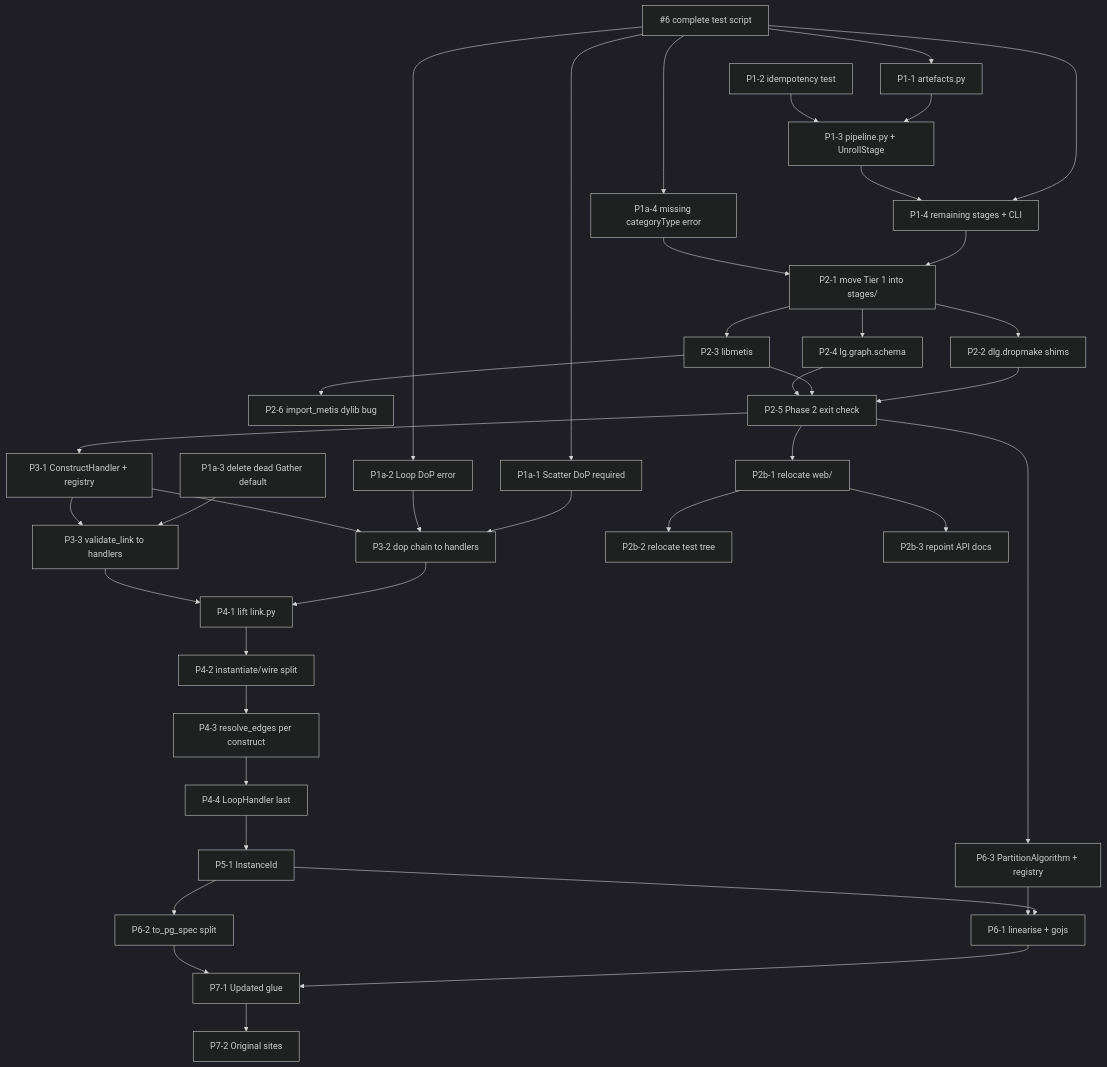
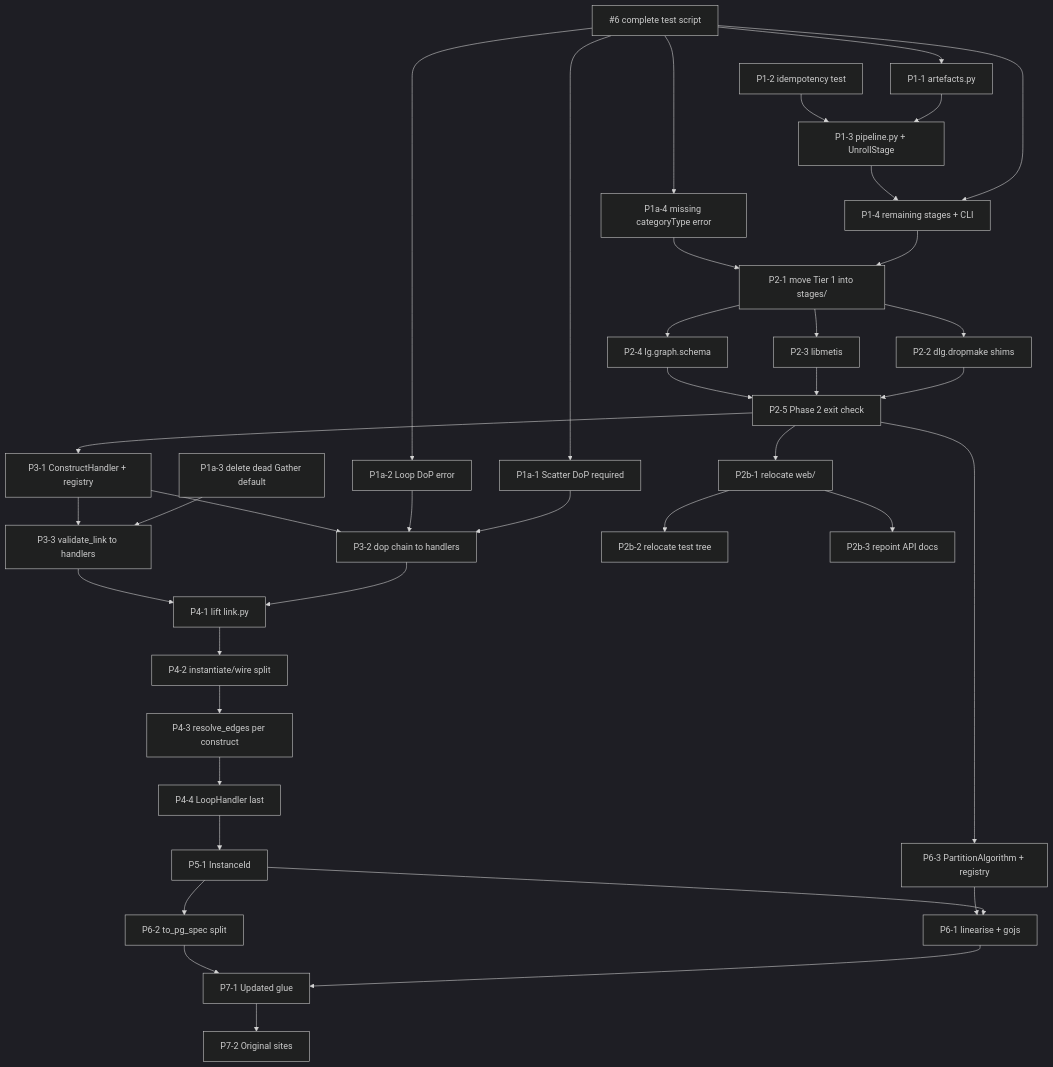
Before and after one commit to SachaPoulet/daliuge: the diagram in daliuge-translator/ARCHITECTURE_ISSUE_PLAN.md, drawn with Mermaid (dark theme). The commit also changed other lines of this file and 2 other files, not shown here.

````diff
--- a/daliuge-translator/ARCHITECTURE_ISSUE_PLAN.md
+++ b/daliuge-translator/ARCHITECTURE_ISSUE_PLAN.md
@@ -17,24 +17,23 @@
 ```mermaid
 flowchart TD
     I6["#6 complete test script"] --> P1_1 & P1_4 & P1a_1 & P1a_2 & P1a_4
     P1_1["P1-1 artefacts.py"] --> P1_3
     P1_2["P1-2 idempotency test"] --> P1_3
     P1_3["P1-3 pipeline.py + UnrollStage"] --> P1_4["P1-4 remaining stages + CLI"]
     P1_4 --> P2_1["P2-1 move Tier 1 into stages/"]
     P1a_1["P1a-1 Scatter DoP required"] --> P3_2
     P1a_2["P1a-2 Loop DoP error"] --> P3_2
     P1a_3["P1a-3 delete dead Gather default"] --> P3_3
     P1a_4["P1a-4 missing categoryType error"] --> P2_1
     P2_1 --> P2_2["P2-2 dlg.dropmake shims"] & P2_3["P2-3 libmetis"] & P2_4["P2-4 lg.graph.schema"]
-    P2_3 --> P2_6["P2-6 import_metis dylib bug"]
     P2_2 & P2_3 & P2_4 --> P2_5["P2-5 Phase 2 exit check"]
     P2_5 --> P2b_1["P2b-1 relocate web/"] & P3_1["P3-1 ConstructHandler + registry"] & P6_3["P6-3 PartitionAlgorithm + registry"]
     P2b_1 --> P2b_2["P2b-2 relocate test tree"]
     P2b_1 --> P2b_3["P2b-3 repoint API docs"]
     P3_1 --> P3_2["P3-2 dop chain to handlers"] & P3_3["P3-3 validate_link to handlers"]
     P3_2 & P3_3 --> P4_1["P4-1 lift link.py"]
     P4_1 --> P4_2["P4-2 instantiate/wire split"] --> P4_3["P4-3 resolve_edges per construct"] --> P4_4["P4-4 LoopHandler last"]
     P4_4 --> P5_1["P5-1 InstanceId"] --> P6_1["P6-1 linearise + gojs"] & P6_2["P6-2 to_pg_spec split"]
     P6_3 --> P6_1
     P6_1 & P6_2 --> P7_1["P7-1 Updated glue"] --> P7_2["P7-2 Original sites"]
 ```
````
